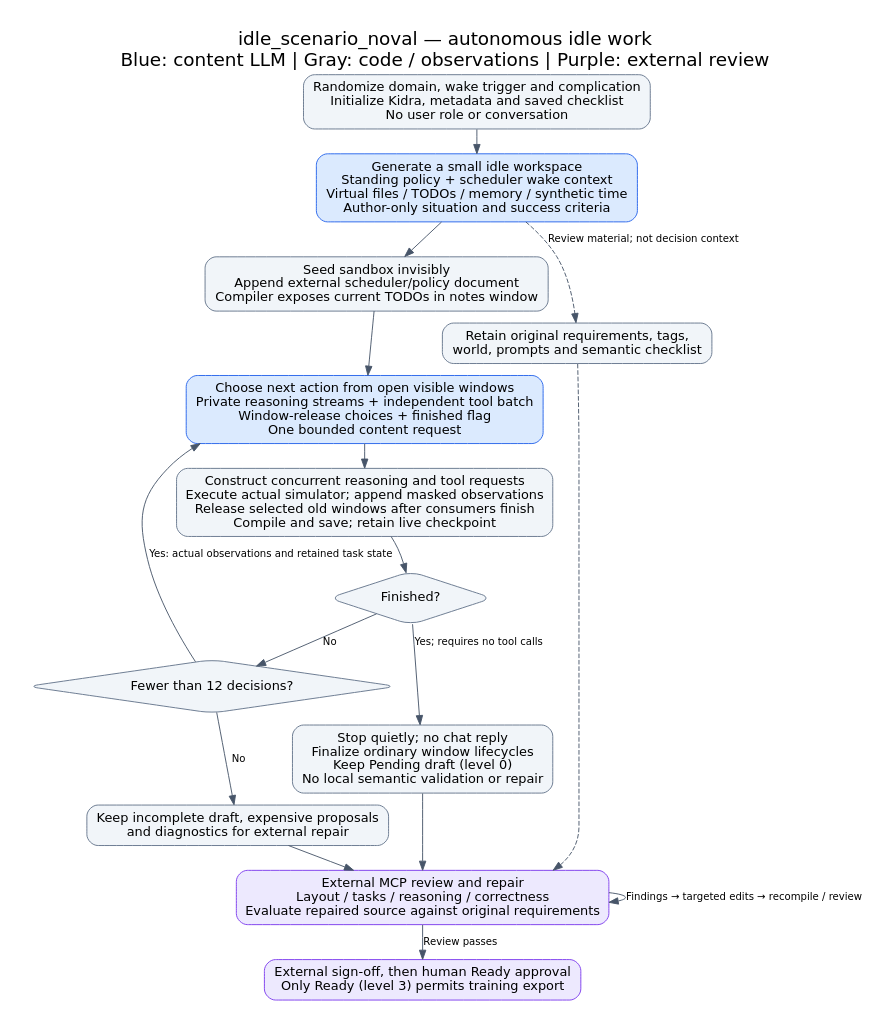
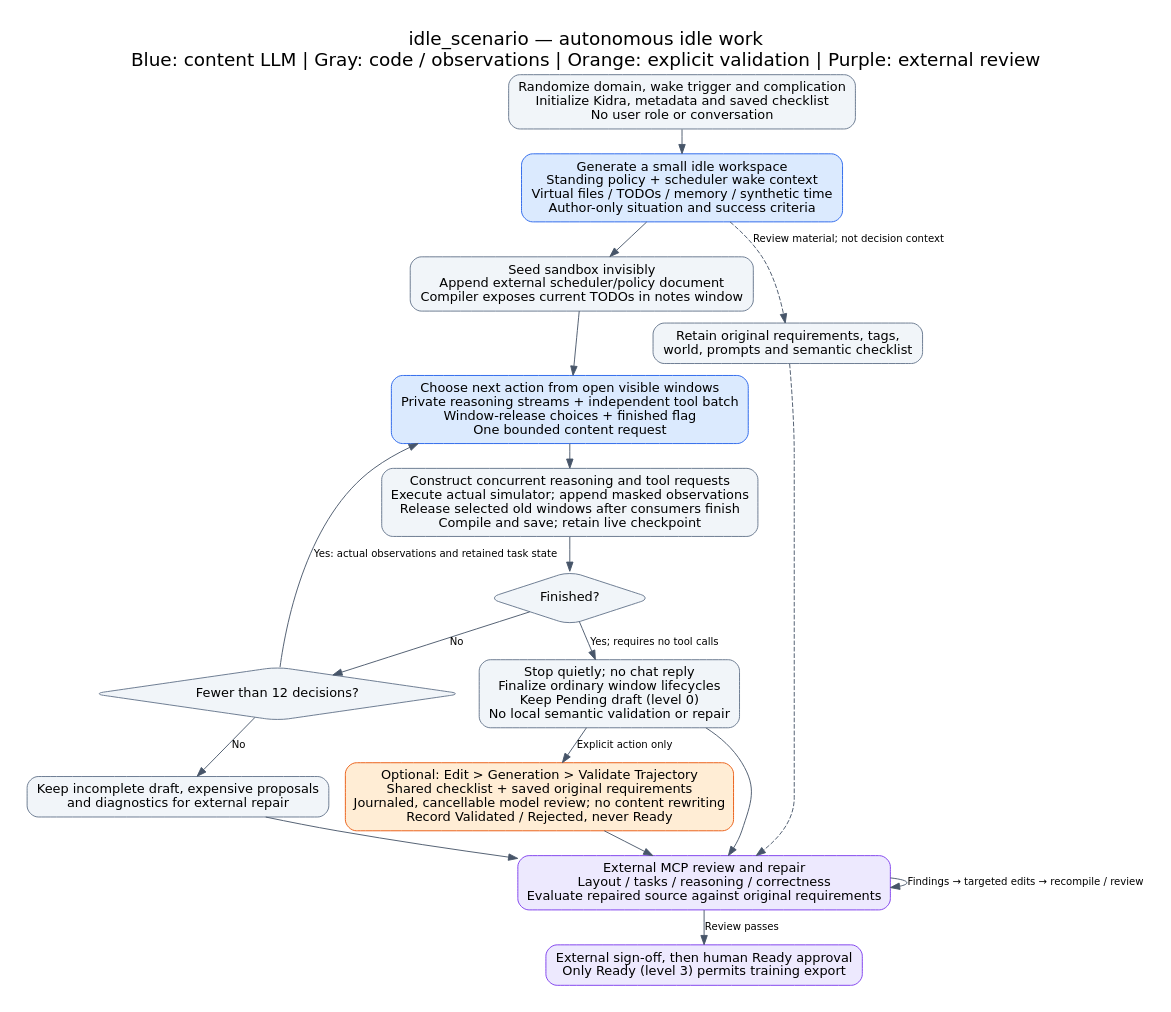
One commit to TheDudeFromCI/trajectory-remix changed the diagram in docs/idle-scenario-flow.dot. Above: the diagram before and after it, drawn with Graphviz. The commit also changed 91 other files, not shown here.

Commit message:
Make streamlined scenarios default and separate trajectory validation

```diff
--- a/docs/idle-scenario-flow.dot
+++ b/docs/idle-scenario-flow.dot
@@ -1,28 +1,31 @@
 digraph idle {
-  graph [rankdir=TB, bgcolor="white", fontname="DejaVu Sans", fontsize=20, labelloc=t, label="idle_scenario_noval — autonomous idle work\nBlue: content LLM | Gray: code / observations | Purple: external review", pad=0.3, nodesep=0.25, ranksep=0.35];
+  graph [rankdir=TB, bgcolor="white", fontname="DejaVu Sans", fontsize=20, labelloc=t, label="idle_scenario — autonomous idle work\nBlue: content LLM | Gray: code / observations | Orange: explicit validation | Purple: external review", pad=0.3, nodesep=0.25, ranksep=0.35];
   node [shape=box, style="rounded,filled", fillcolor="#F1F5F9", color="#64748B", fontname="DejaVu Sans", fontsize=14, margin="0.16,0.1"];
   edge [fontname="DejaVu Sans", fontsize=11, color="#475569"];
   tags [label="Randomize domain, wake trigger and complication\nInitialize Kidra, metadata and saved checklist\nNo user role or conversation"];
   world [label="Generate a small idle workspace\nStanding policy + scheduler wake context\nVirtual files / TODOs / memory / synthetic time\nAuthor-only situation and success criteria", fillcolor="#DBEAFE", color="#2563EB"];
   setup [label="Seed sandbox invisibly\nAppend external scheduler/policy document\nCompiler exposes current TODOs in notes window"];
   decide [label="Choose next action from open visible windows\nPrivate reasoning streams + independent tool batch\nWindow-release choices + finished flag\nOne bounded content request", fillcolor="#DBEAFE", color="#2563EB"];
   act [label="Construct concurrent reasoning and tool requests\nExecute actual simulator; append masked observations\nRelease selected old windows after consumers finish\nCompile and save; retain live checkpoint"];
   done [label="Finished?", shape=diamond];
   limit [label="Fewer than 12 decisions?", shape=diamond];
   partial [label="Keep incomplete draft, expensive proposals\nand diagnostics for external repair"];
   pending [label="Stop quietly; no chat reply\nFinalize ordinary window lifecycles\nKeep Pending draft (level 0)\nNo local semantic validation or repair"];
   original [label="Retain original requirements, tags,\nworld, prompts and semantic checklist"];
+  validate [label="Optional: Edit > Generation > Validate Trajectory\nShared checklist + saved original requirements\nJournaled, cancellable model review; no content rewriting\nRecord Validated / Rejected, never Ready", fillcolor="#FFEDD5", color="#EA580C"];
   external [label="External MCP review and repair\nLayout / tasks / reasoning / correctness\nEvaluate repaired source against original requirements", fillcolor="#EDE9FE", color="#7C3AED"];
   ready [label="External sign-off, then human Ready approval\nOnly Ready (level 3) permits training export", fillcolor="#EDE9FE", color="#7C3AED"];
   tags -> world -> setup -> decide -> act -> done;
   world -> original [style=dashed, label="Review material; not decision context"];
   done -> pending [label="Yes; requires no tool calls"];
   done -> limit [label="No"];
   limit -> decide [label="Yes: actual observations and retained task state"];
   limit -> partial [label="No"];
+  pending -> validate [label="Explicit action only"];
   pending -> external;
+  validate -> external;
   partial -> external;
   original -> external [style=dashed];
   external -> external [label="Findings → targeted edits → recompile / review"];
   external -> ready [label="Review passes"];
 }
```
